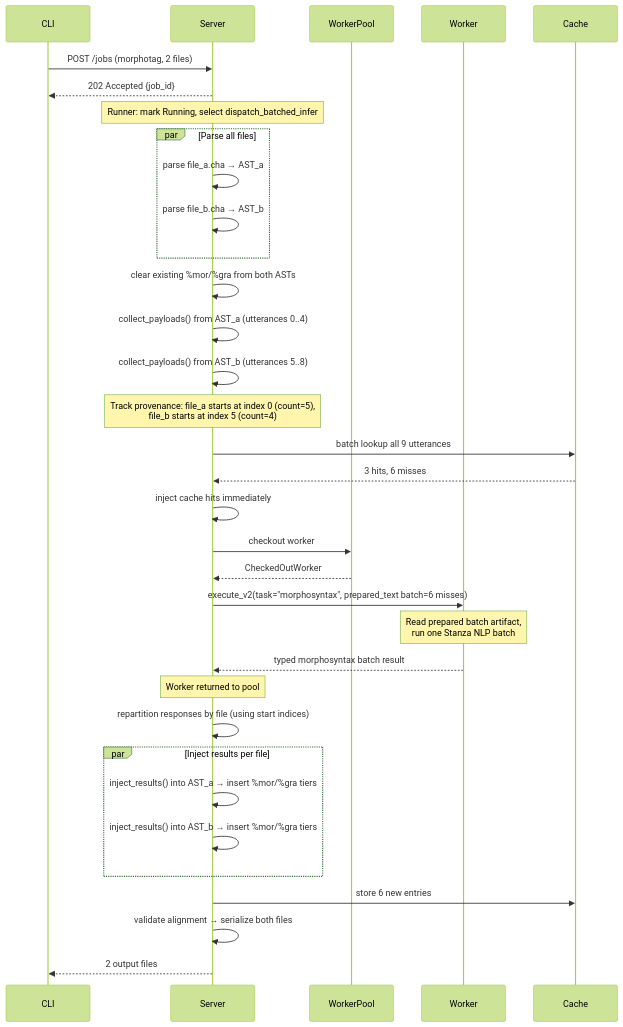
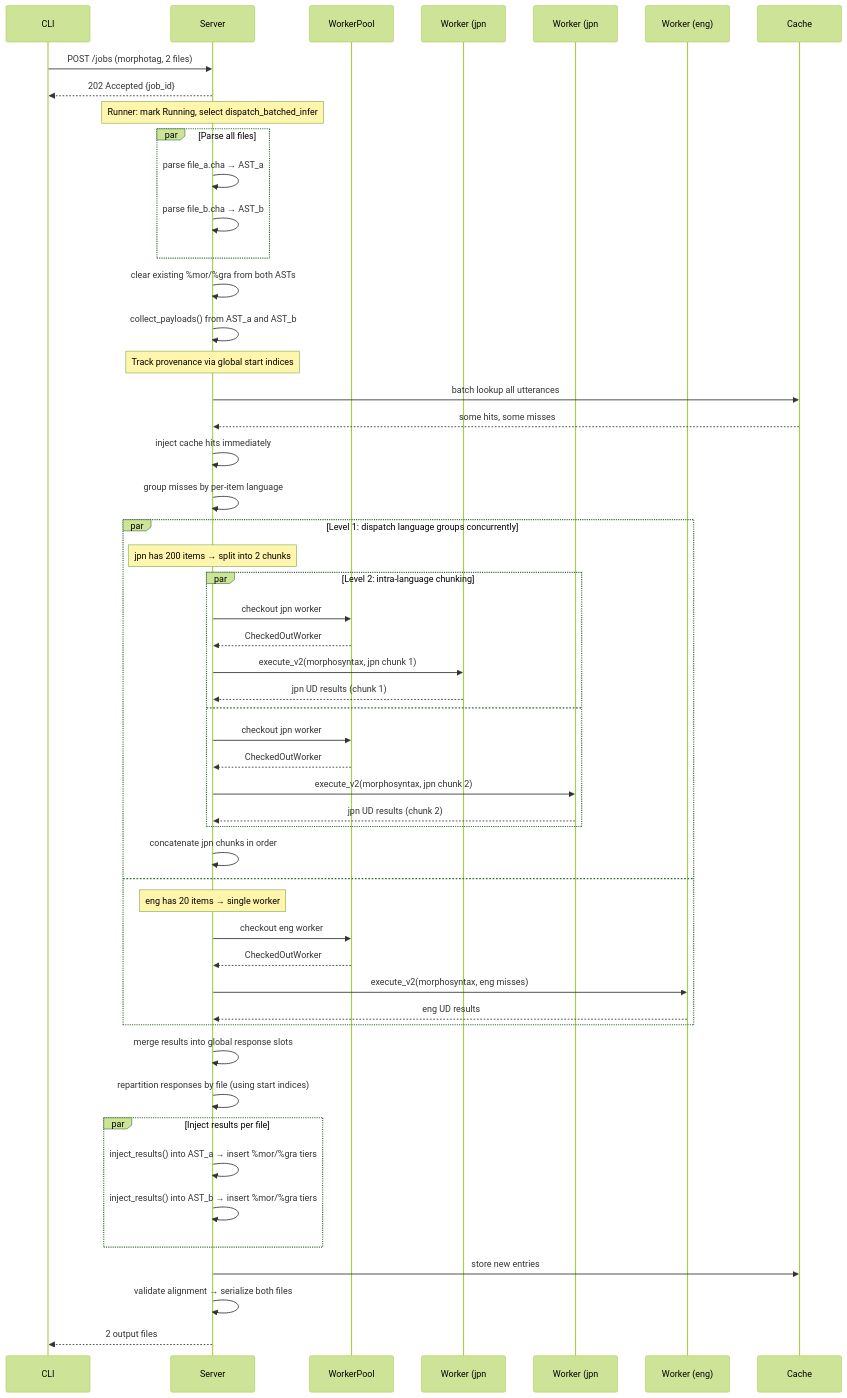
Before and after one commit to TalkBank/batchalign3: the second of 5 diagrams in book/src/architecture/command-lifecycles.md, drawn with Mermaid (forest theme). The commit also changed other lines of this file and 33 other files, not shown here.

First line of the commit message:
feat: parallel morphotag dispatch, body limit fix, MWT fix, language validation

````diff
--- a/book/src/architecture/command-lifecycles.md
+++ b/book/src/architecture/command-lifecycles.md
@@ -209,46 +217,65 @@
 ```mermaid
 sequenceDiagram
     participant CLI
     participant Server
     participant Pool as WorkerPool
-    participant W as Worker
+    participant W_jpn1 as Worker (jpn #1)
+    participant W_jpn2 as Worker (jpn #2)
+    participant W_eng as Worker (eng)
     participant Cache
 
     CLI->>Server: POST /jobs (morphotag, 2 files)
     Server-->>CLI: 202 Accepted {job_id}
 
     Note over Server: Runner: mark Running, select dispatch_batched_infer
 
     par Parse all files
         Server->>Server: parse file_a.cha → AST_a
         Server->>Server: parse file_b.cha → AST_b
     end
 
     Server->>Server: clear existing %mor/%gra from both ASTs
-    Server->>Server: collect_payloads() from AST_a (utterances 0..4)
-    Server->>Server: collect_payloads() from AST_b (utterances 5..8)
-    Note over Server: Track provenance: file_a starts at index 0 (count=5),<br/>file_b starts at index 5 (count=4)
+    Server->>Server: collect_payloads() from AST_a and AST_b
+    Note over Server: Track provenance via global start indices
 
-    Server->>Cache: batch lookup all 9 utterances
-    Cache-->>Server: 3 hits, 6 misses
+    Server->>Cache: batch lookup all utterances
+    Cache-->>Server: some hits, some misses
 
     Server->>Server: inject cache hits immediately
+    Server->>Server: group misses by per-item language
 
-    Server->>Pool: checkout worker
-    Pool-->>Server: CheckedOutWorker
-    Server->>W: execute_v2(task="morphosyntax", prepared_text batch=6 misses)
-    Note over W: Read prepared batch artifact,<br/>run one Stanza NLP batch
-    W-->>Server: typed morphosyntax batch result
-    Note over Server: Worker returned to pool
+    par Level 1: dispatch language groups concurrently
+        Note over Server: jpn has 200 items → split into 2 chunks
+        par Level 2: intra-language chunking
+            Server->>Pool: checkout jpn worker
+            Pool-->>Server: CheckedOutWorker
+            Server->>W_jpn1: execute_v2(morphosyntax, jpn chunk 1)
+            W_jpn1-->>Server: jpn UD results (chunk 1)
+        and
+            Server->>Pool: checkout jpn worker
+            Pool-->>Server: CheckedOutWorker
+            Server->>W_jpn2: execute_v2(morphosyntax, jpn chunk 2)
+            W_jpn2-->>Server: jpn UD results (chunk 2)
+        end
+        Server->>Server: concatenate jpn chunks in order
+    and
+        Note over Server: eng has 20 items → single worker
+        Server->>Pool: checkout eng worker
+        Pool-->>Server: CheckedOutWorker
+        Server->>W_eng: execute_v2(morphosyntax, eng misses)
+        W_eng-->>Server: eng UD results
+    end
+
+    Server->>Server: merge results into global response slots
 
     Server->>Server: repartition responses by file (using start indices)
 
     par Inject results per file
         Server->>Server: inject_results() into AST_a → insert %mor/%gra tiers
         Server->>Server: inject_results() into AST_b → insert %mor/%gra tiers
     end
 
-    Server->>Cache: store 6 new entries
+    Server->>Cache: store new entries
     Server->>Server: validate alignment → serialize both files
     Server-->>CLI: 2 output files
 ```
````
